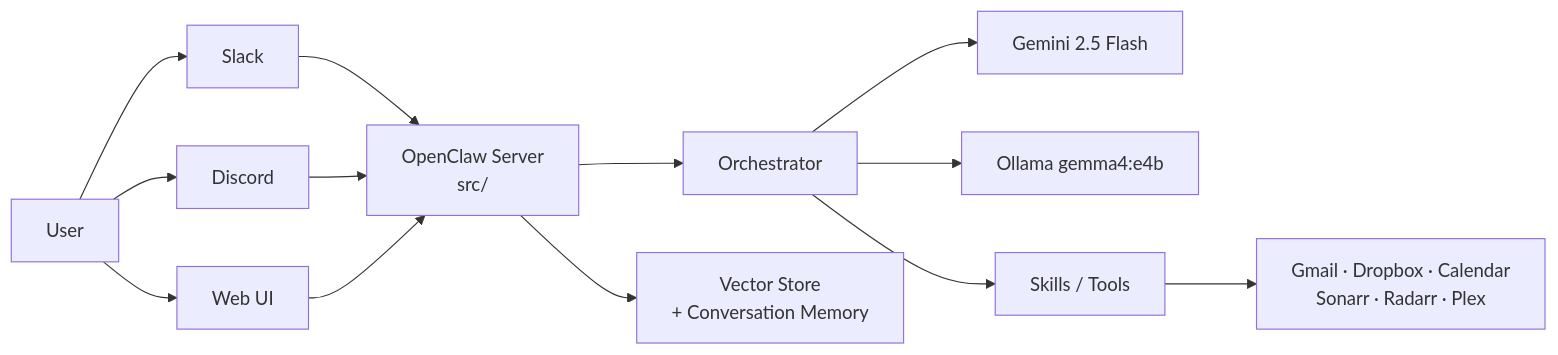
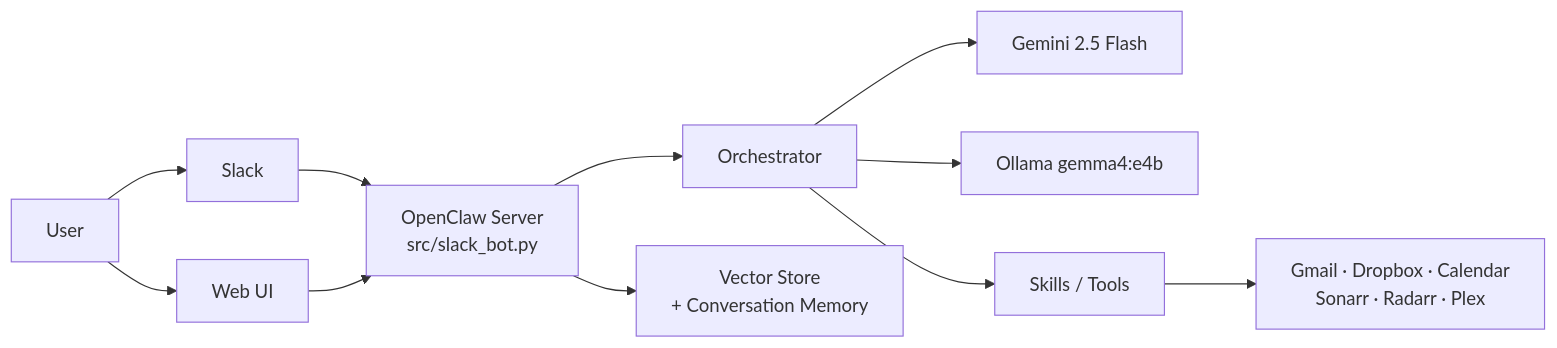
Before and after one commit to DaveVoyles/openclaw-on-mac-mini: the diagram in README.md, drawn with Mermaid. The commit also changed other lines of this file and 118 other files, not shown here.

First line of the commit message:
refactor(discord): remove Discord, Slack becomes sole interface

````diff
--- a/README.md
+++ b/README.md
@@ -55,13 +56,12 @@
 ```mermaid
 flowchart LR
     U[User] --> SL[Slack]
-    U --> DC[Discord]
     U --> WEB[Web UI]
-    SL & DC & WEB --> BOT[OpenClaw Server\nsrc/]
+    SL & WEB --> BOT[OpenClaw Server\nsrc/slack_bot.py]
     BOT --> ORCH[Orchestrator]
     ORCH --> LLM[Gemini 2.5 Flash]
     ORCH --> LOCAL[Ollama gemma4:e4b]
     ORCH --> SKILLS[Skills / Tools]
     SKILLS --> EXT[Gmail · Dropbox · Calendar\nSonarr · Radarr · Plex]
     BOT --> MEM[Vector Store\n+ Conversation Memory]
 ```
````
